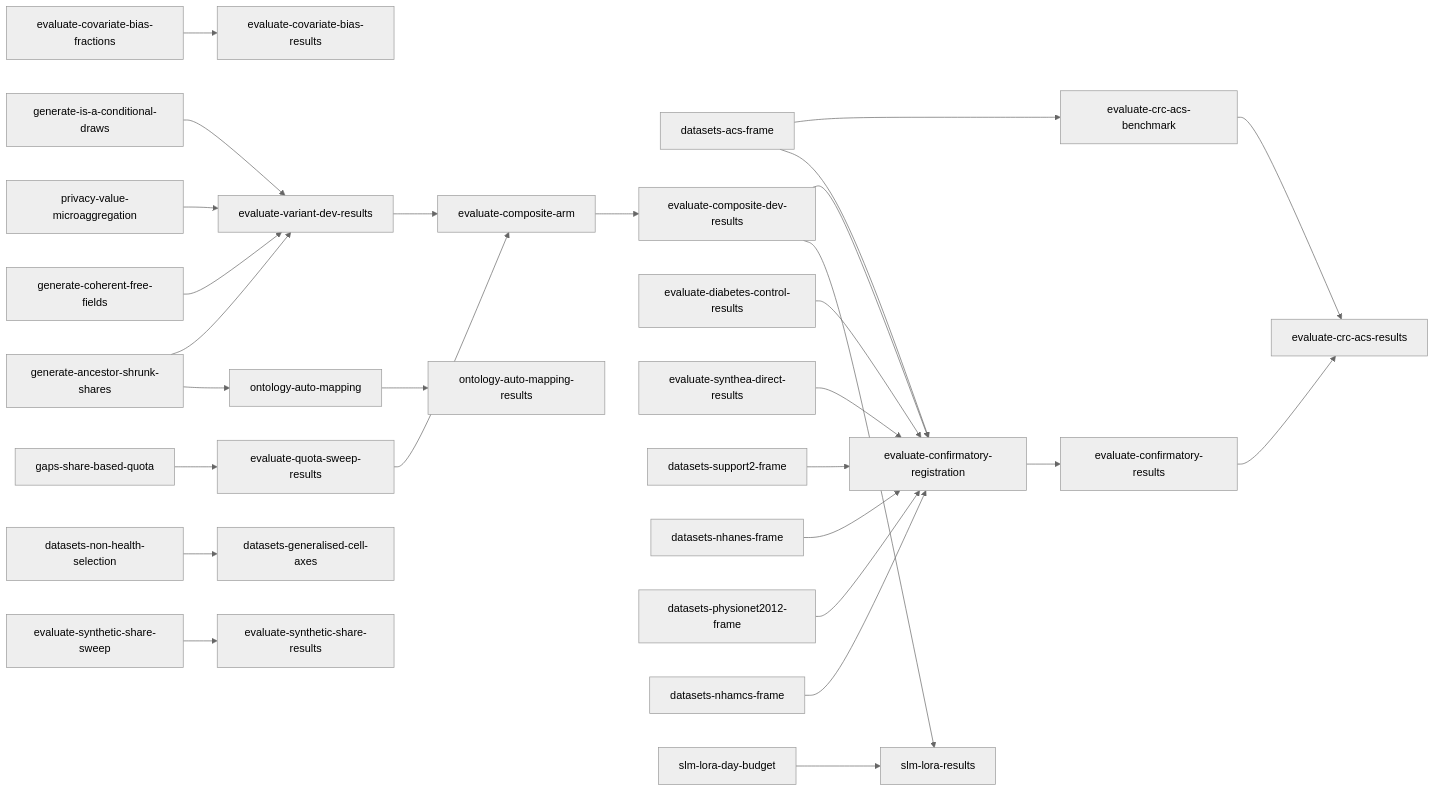
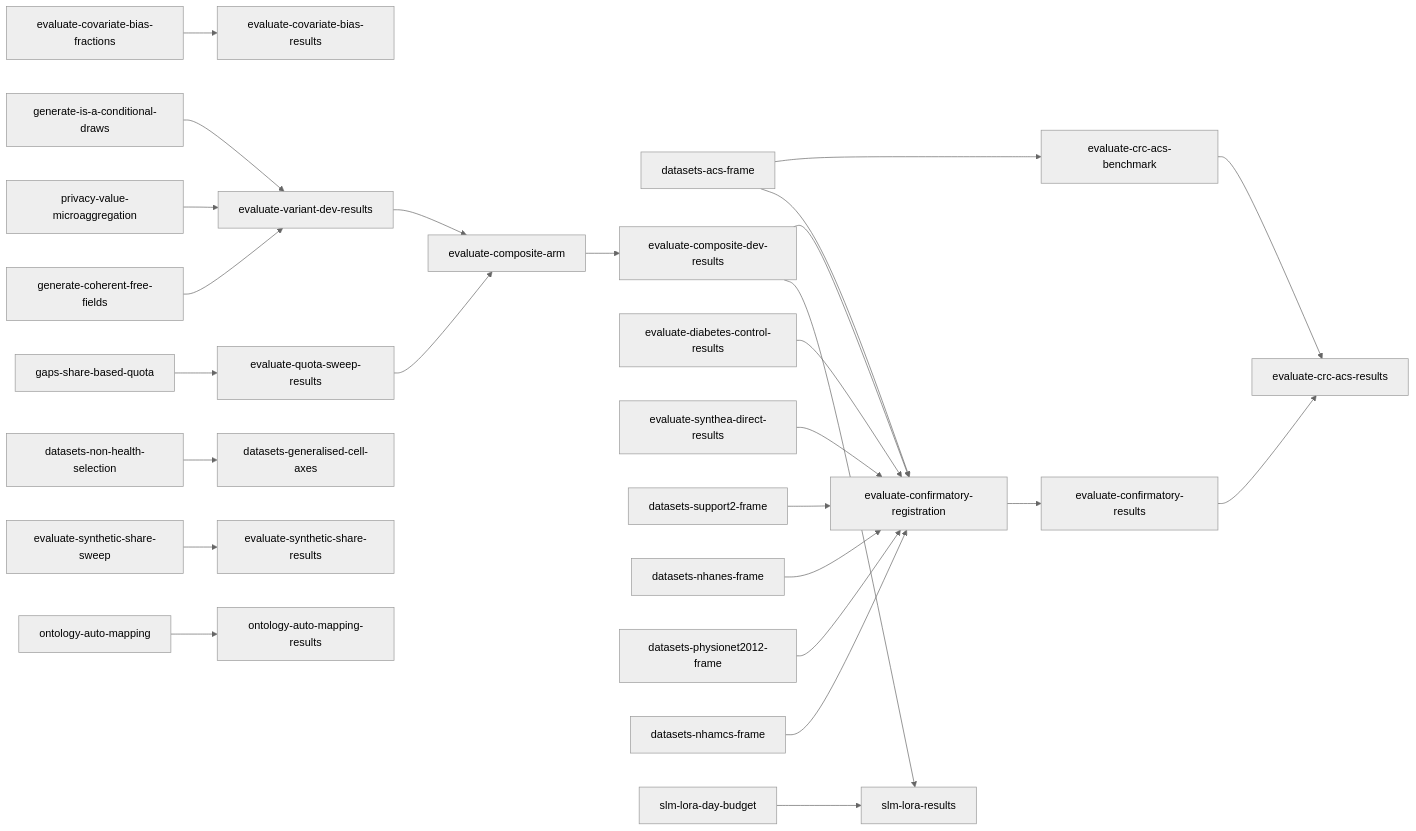
Before and after one commit to joe-dartmouth/synthetic: the diagram in tasks/direct-index.md, drawn with Mermaid (neutral theme). The commit also changed other lines of this file and 37 other files, not shown here.

First line of the commit message:
Add the bko-tree arm with ancestor-shrunk code shares (#130)

````diff
--- a/tasks/direct-index.md
+++ b/tasks/direct-index.md
@@ -73,30 +72,28 @@
 ```mermaid
 flowchart LR
     u37[evaluate-covariate-bias-fractions] --> u38[evaluate-covariate-bias-results]
     u11[generate-is-a-conditional-draws] --> u19[evaluate-variant-dev-results]
-    u13[generate-ancestor-shrunk-shares] --> u19
     u16[privacy-value-microaggregation] --> u19
     u17[generate-coherent-free-fields] --> u19
     u20[gaps-share-based-quota] --> u21[evaluate-quota-sweep-results]
     u27[datasets-acs-frame] --> u41[evaluate-crc-acs-benchmark]
     u49[datasets-non-health-selection] --> u50[datasets-generalised-cell-axes]
     u19 --> u28[evaluate-composite-arm]
     u21 --> u28
     u28 --> u29[evaluate-composite-dev-results]
     u7[evaluate-diabetes-control-results] --> u30[evaluate-confirmatory-registration]
     u8[evaluate-synthea-direct-results] --> u30
     u45[evaluate-synthetic-share-sweep] --> u46[evaluate-synthetic-share-results]
     u25[datasets-support2-frame] --> u30
     u26[datasets-nhanes-frame] --> u30
     u27 --> u30
     u47[datasets-physionet2012-frame] --> u30
     u48[datasets-nhamcs-frame] --> u30
     u29 --> u30
     u30 --> u31[evaluate-confirmatory-results]
     u41 --> u42[evaluate-crc-acs-results]
     u31 --> u42
-    u13 --> u32[ontology-auto-mapping]
-    u32 --> u33[ontology-auto-mapping-results]
+    u32[ontology-auto-mapping] --> u33[ontology-auto-mapping-results]
     u29 --> u36[slm-lora-results]
     u51[slm-lora-day-budget] --> u36
 ```
````
